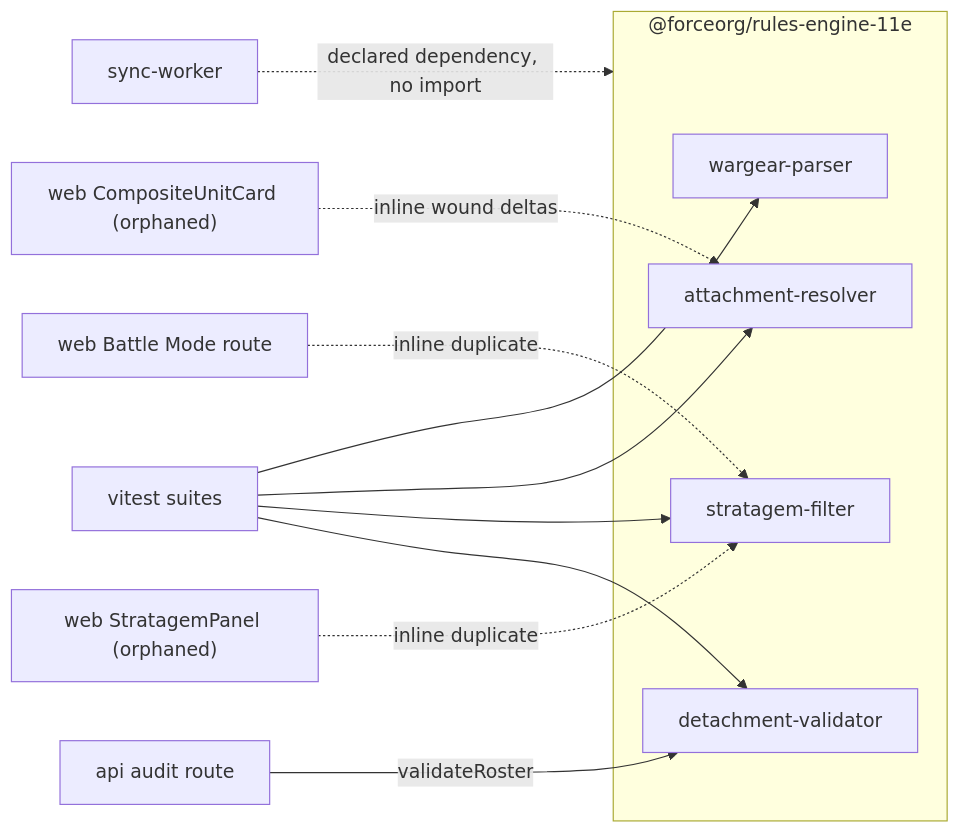
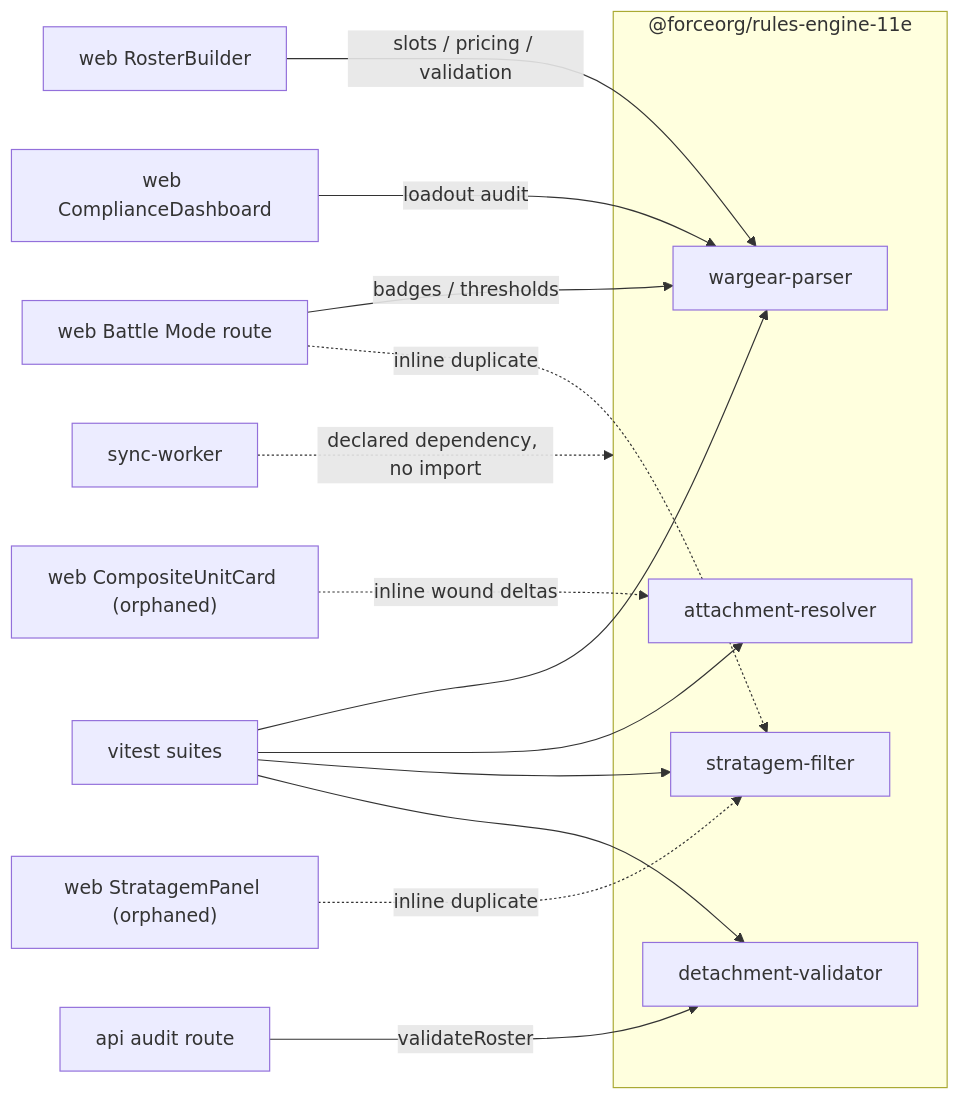
One commit to fatpat81/BeerHammer changed the diagram in openwiki/rules-engine/rules-engine-overview.md. Above: the diagram before and after it, drawn with Mermaid. The commit also changed other lines of this file and 12 other files, not shown here.

````diff
--- a/openwiki/rules-engine/rules-engine-overview.md
+++ b/openwiki/rules-engine/rules-engine-overview.md
@@ -59,18 +60,21 @@
 ```mermaid
 flowchart LR
   subgraph ENG["@forceorg/rules-engine-11e"]
     WP["wargear-parser"]
     AR["attachment-resolver"]
     SF["stratagem-filter"]
     DV["detachment-validator"]
   end
   AUD["api audit route"] -->|"validateRoster"| DV
-  BM["web Battle Mode route"] -.->|"inline duplicate"| SF
+  RB["web RosterBuilder"] -->|"slots / pricing / validation"| WP
+  BM["web Battle Mode route"] -->|"badges / thresholds"| WP
+  BM -.->|"inline duplicate"| SF
+  CD["web ComplianceDashboard"] -->|"loadout audit"| WP
   SP["web StratagemPanel (orphaned)"] -.->|"inline duplicate"| SF
   CUC["web CompositeUnitCard (orphaned)"] -.->|"inline wound deltas"| AR
   T["vitest suites"] --> WP
   T --> AR
   T --> SF
   T --> DV
   SW["sync-worker"] -.->|"declared dependency, no import"| ENG
 ```
````
